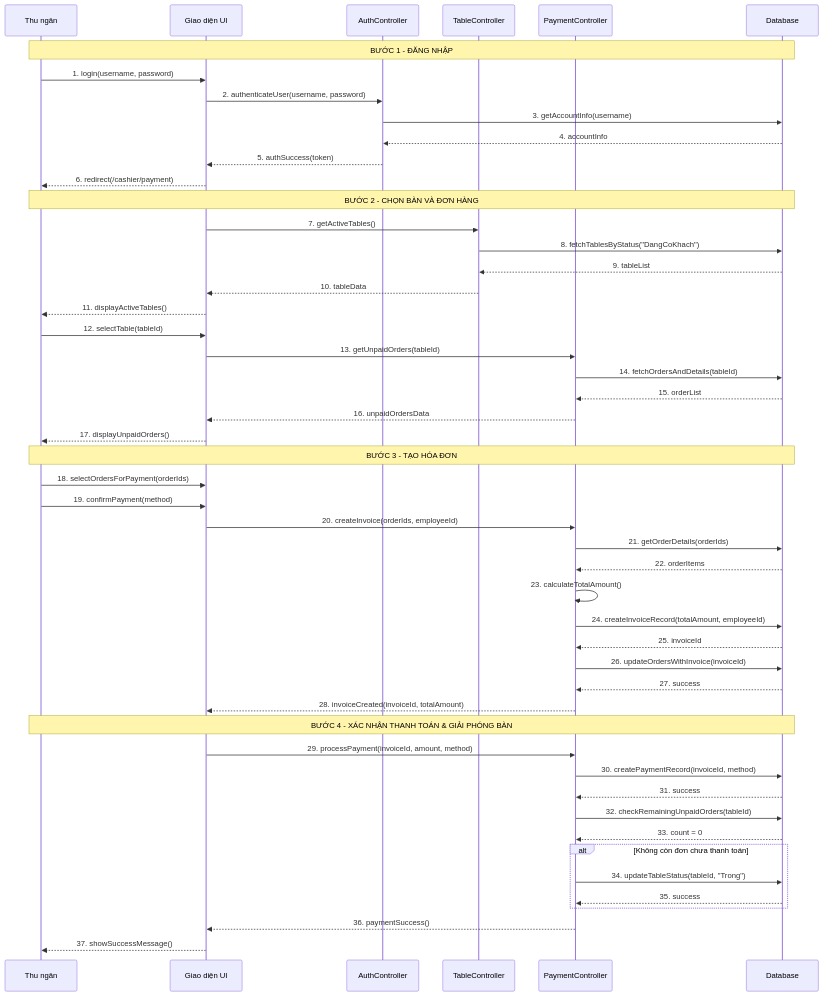
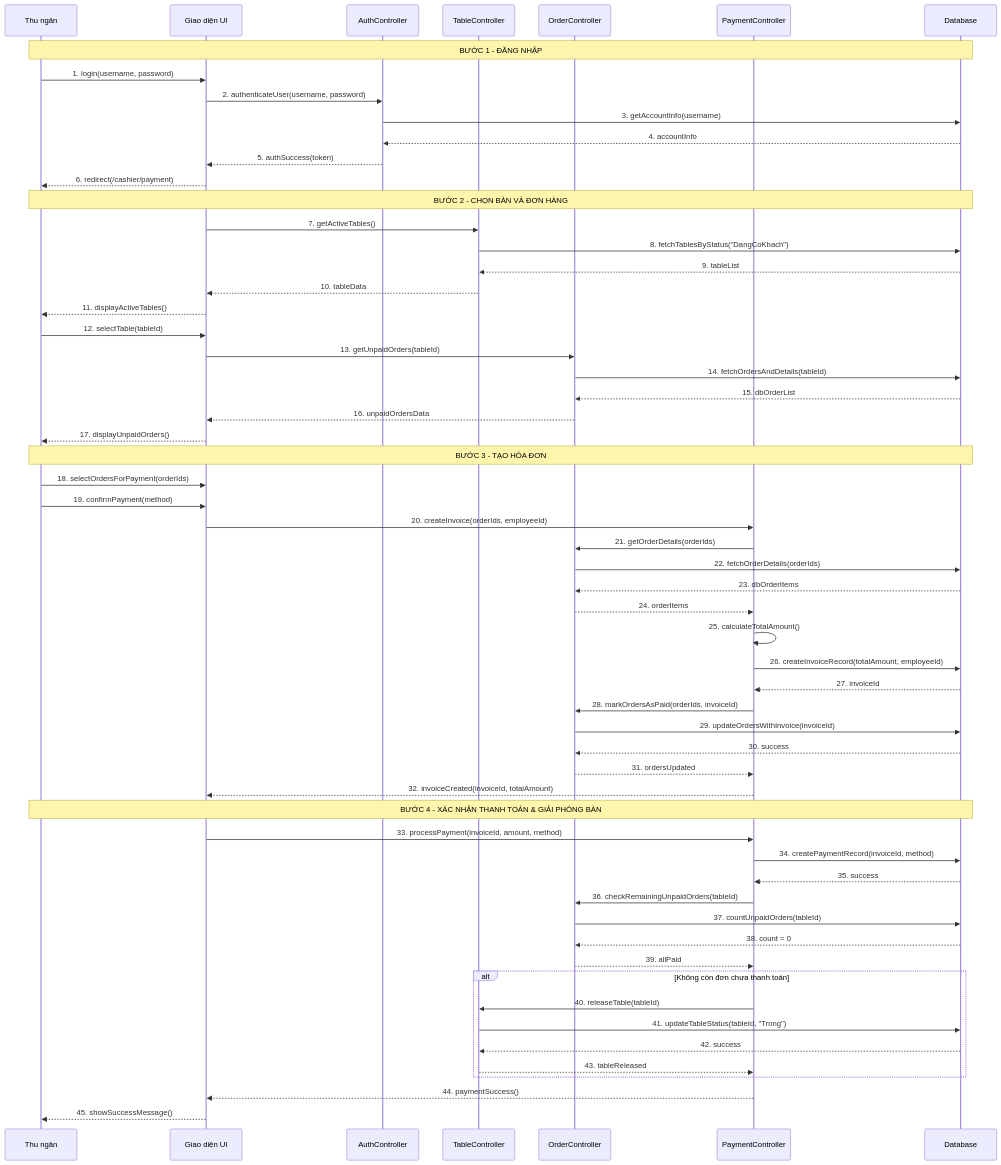
One commit to tahpnart8/demo-pttkht-Nhom2IT0001 changed the eighth of 10 diagrams in docs/so-do-he-thong.md. Above: the diagram before and after it, drawn with Mermaid. The commit also changed other lines of this file, not shown here.

Commit message:
Sửa đổi sequence luồng gọi món

````diff
--- a/docs/so-do-he-thong.md
+++ b/docs/so-do-he-thong.md
@@ -370,56 +373,65 @@
 ```mermaid
 sequenceDiagram
     participant TN as Thu ngân
     participant UI as Giao diện UI
     participant AC as AuthController
     participant TC as TableController
+    participant OC as OrderController
     participant PC as PaymentController
     participant DB as Database
 
     Note over TN,DB: BƯỚC 1 - ĐĂNG NHẬP
     TN->>UI: 1. login(username, password)
     UI->>AC: 2. authenticateUser(username, password)
     AC->>DB: 3. getAccountInfo(username)
     DB-->>AC: 4. accountInfo
     AC-->>UI: 5. authSuccess(token)
     UI-->>TN: 6. redirect(/cashier/payment)
 
     Note over TN,DB: BƯỚC 2 - CHỌN BÀN VÀ ĐƠN HÀNG
     UI->>TC: 7. getActiveTables()
     TC->>DB: 8. fetchTablesByStatus("DangCoKhach")
     DB-->>TC: 9. tableList
     TC-->>UI: 10. tableData
     UI-->>TN: 11. displayActiveTables()
     TN->>UI: 12. selectTable(tableId)
-    UI->>PC: 13. getUnpaidOrders(tableId)
-    PC->>DB: 14. fetchOrdersAndDetails(tableId)
-    DB-->>PC: 15. orderList
-    PC-->>UI: 16. unpaidOrdersData
+    UI->>OC: 13. getUnpaidOrders(tableId)
+    OC->>DB: 14. fetchOrdersAndDetails(tableId)
+    DB-->>OC: 15. dbOrderList
+    OC-->>UI: 16. unpaidOrdersData
     UI-->>TN: 17. displayUnpaidOrders()
 
     Note over TN,DB: BƯỚC 3 - TẠO HÓA ĐƠN
     TN->>UI: 18. selectOrdersForPayment(orderIds)
     TN->>UI: 19. confirmPayment(method)
     UI->>PC: 20. createInvoice(orderIds, employeeId)
-    PC->>DB: 21. getOrderDetails(orderIds)
-    DB-->>PC: 22. orderItems
-    PC->>PC: 23. calculateTotalAmount()
-    PC->>DB: 24. createInvoiceRecord(totalAmount, employeeId)
-    DB-->>PC: 25. invoiceId
-    PC->>DB: 26. updateOrdersWithInvoice(invoiceId)
-    DB-->>PC: 27. success
-    PC-->>UI: 28. invoiceCreated(invoiceId, totalAmount)
+    PC->>OC: 21. getOrderDetails(orderIds)
+    OC->>DB: 22. fetchOrderDetails(orderIds)
+    DB-->>OC: 23. dbOrderItems
+    OC-->>PC: 24. orderItems
+    PC->>PC: 25. calculateTotalAmount()
+    PC->>DB: 26. createInvoiceRecord(totalAmount, employeeId)
+    DB-->>PC: 27. invoiceId
+    PC->>OC: 28. markOrdersAsPaid(orderIds, invoiceId)
+    OC->>DB: 29. updateOrdersWithInvoice(invoiceId)
+    DB-->>OC: 30. success
+    OC-->>PC: 31. ordersUpdated
+    PC-->>UI: 32. invoiceCreated(invoiceId, totalAmount)
 
     Note over TN,DB: BƯỚC 4 - XÁC NHẬN THANH TOÁN & GIẢI PHÓNG BÀN
-    UI->>PC: 29. processPayment(invoiceId, amount, method)
-    PC->>DB: 30. createPaymentRecord(invoiceId, method)
-    DB-->>PC: 31. success
-    PC->>DB: 32. checkRemainingUnpaidOrders(tableId)
-    DB-->>PC: 33. count = 0
+    UI->>PC: 33. processPayment(invoiceId, amount, method)
+    PC->>DB: 34. createPaymentRecord(invoiceId, method)
+    DB-->>PC: 35. success
+    PC->>OC: 36. checkRemainingUnpaidOrders(tableId)
+    OC->>DB: 37. countUnpaidOrders(tableId)
+    DB-->>OC: 38. count = 0
+    OC-->>PC: 39. allPaid
     alt Không còn đơn chưa thanh toán
-        PC->>DB: 34. updateTableStatus(tableId, "Trong")
-        DB-->>PC: 35. success
+        PC->>TC: 40. releaseTable(tableId)
+        TC->>DB: 41. updateTableStatus(tableId, "Trong")
+        DB-->>TC: 42. success
+        TC-->>PC: 43. tableReleased
     end
-    PC-->>UI: 36. paymentSuccess()
-    UI-->>TN: 37. showSuccessMessage()
+    PC-->>UI: 44. paymentSuccess()
+    UI-->>TN: 45. showSuccessMessage()
 ```
````
